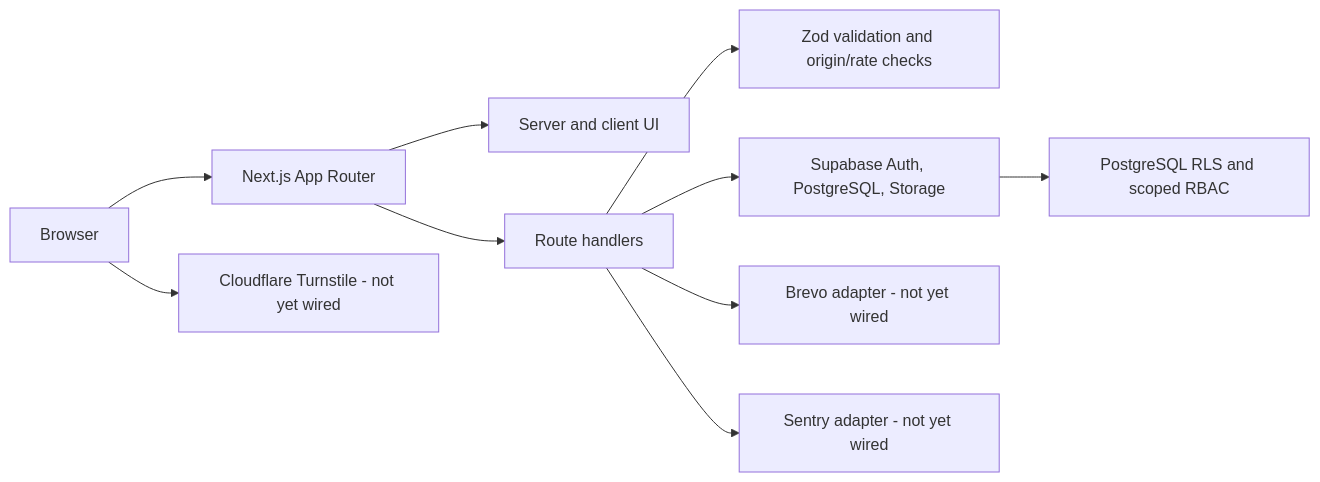
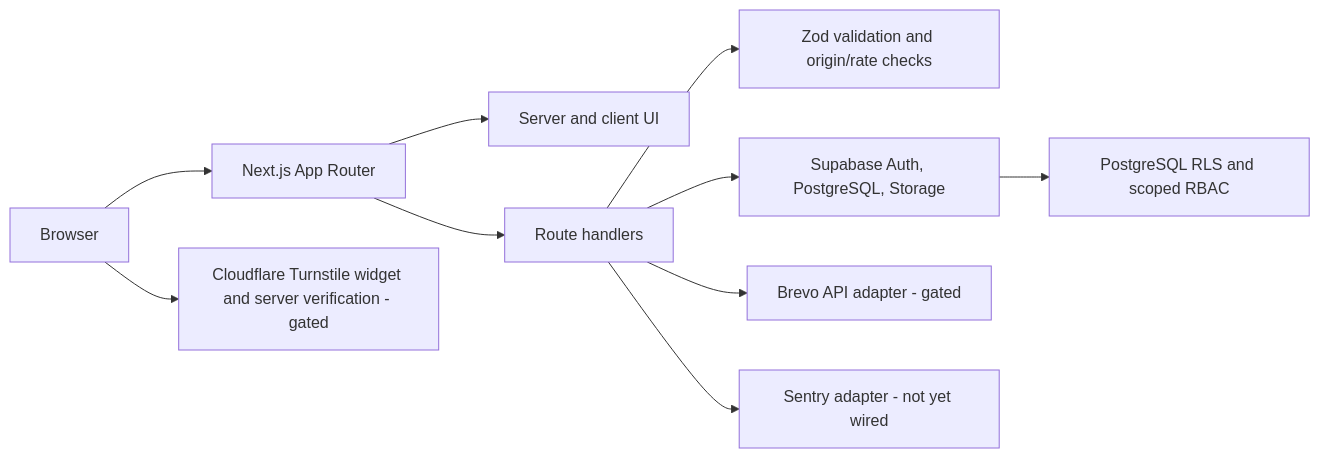
Before and after one commit to temmyjerrybooks/SESC_WEB_APP: the diagram in docs/ARCHITECTURE.md, drawn with Mermaid. The commit also changed other lines of this file and 20 other files, not shown here.

````diff
--- a/docs/ARCHITECTURE.md
+++ b/docs/ARCHITECTURE.md
@@ -11,12 +11,12 @@
 ```mermaid
 flowchart LR
   Browser[Browser] --> Next[Next.js App Router]
   Next --> Pages[Server and client UI]
   Next --> Routes[Route handlers]
   Routes --> Validation[Zod validation and origin/rate checks]
   Routes --> Supabase[Supabase Auth, PostgreSQL, Storage]
   Supabase --> RLS[PostgreSQL RLS and scoped RBAC]
-  Routes --> Email[Brevo adapter - not yet wired]
+  Routes --> Email[Brevo API adapter - gated]
   Routes --> Monitoring[Sentry adapter - not yet wired]
-  Browser --> Turnstile[Cloudflare Turnstile - not yet wired]
+  Browser --> Turnstile[Cloudflare Turnstile widget and server verification - gated]
 ```
````
